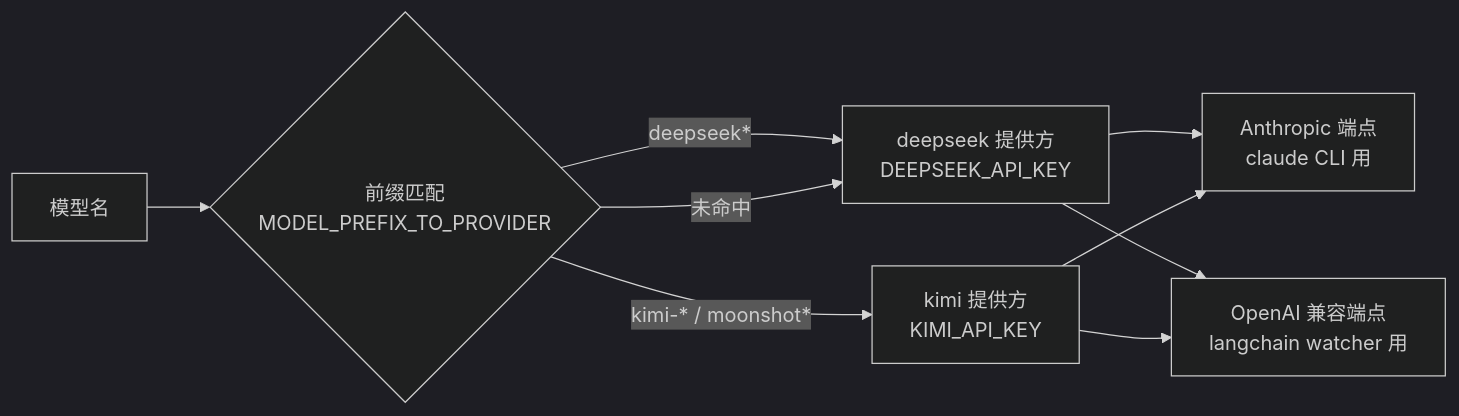
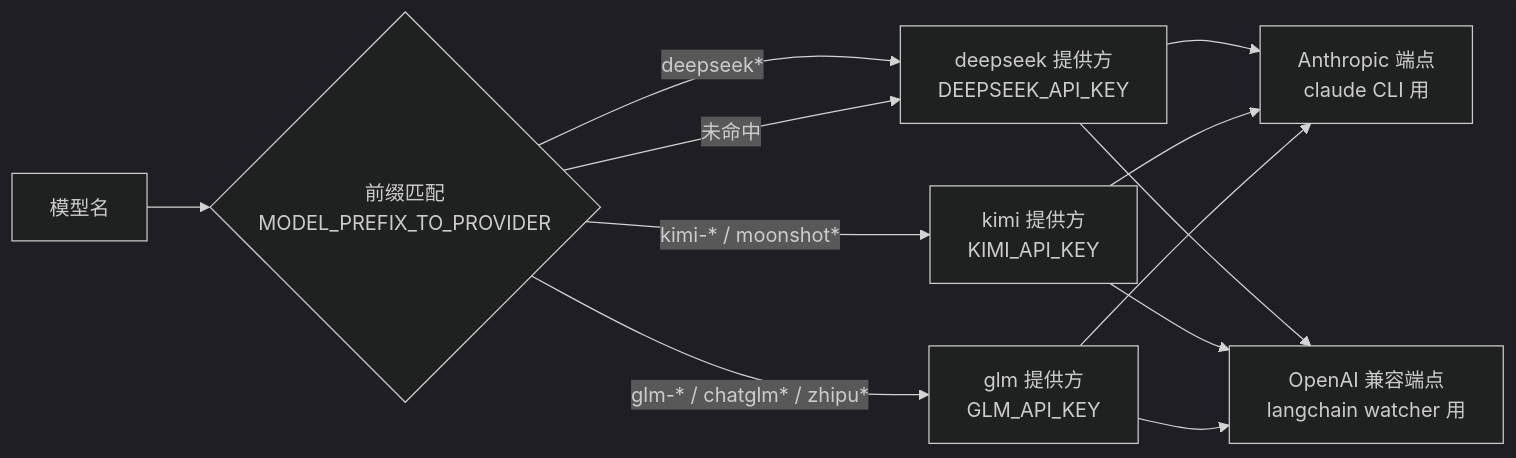
One commit to Cybersecurity-Agents/Cruiser-Agent changed the eighth of 9 diagrams in doc/TECHNICAL_DESIGN.md. Above: the diagram before and after it, drawn with Mermaid (dark theme). The commit also changed other lines of this file and 2 other files, not shown here.

````diff
--- a/doc/TECHNICAL_DESIGN.md
+++ b/doc/TECHNICAL_DESIGN.md
@@ -508,11 +517,14 @@
 ```mermaid
 flowchart LR
     M[模型名] --> P{前缀匹配<br/>MODEL_PREFIX_TO_PROVIDER}
     P -->|"deepseek*"| DS[deepseek 提供方<br/>DEEPSEEK_API_KEY]
     P -->|"kimi-* / moonshot*"| KM[kimi 提供方<br/>KIMI_API_KEY]
+    P -->|"glm-* / chatglm* / zhipu*"| GLM[glm 提供方<br/>GLM_API_KEY]
     P -->|未命中| DS
     DS --> E1[Anthropic 端点<br/>claude CLI 用]
     DS --> E2[OpenAI 兼容端点<br/>langchain watcher 用]
     KM --> E1
     KM --> E2
+    GLM --> E1
+    GLM --> E2
 ```
````
